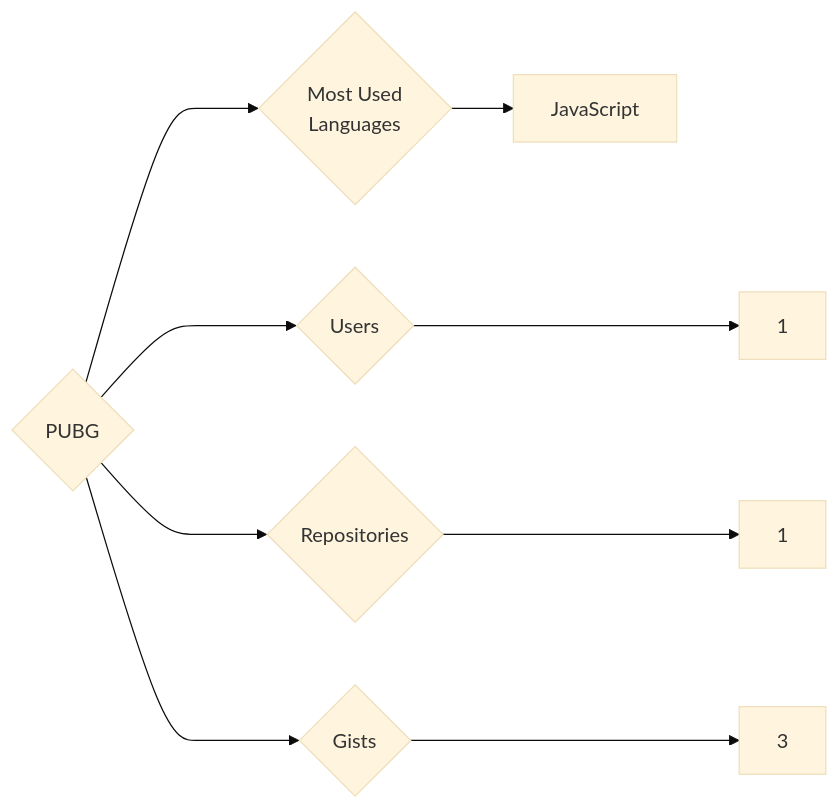
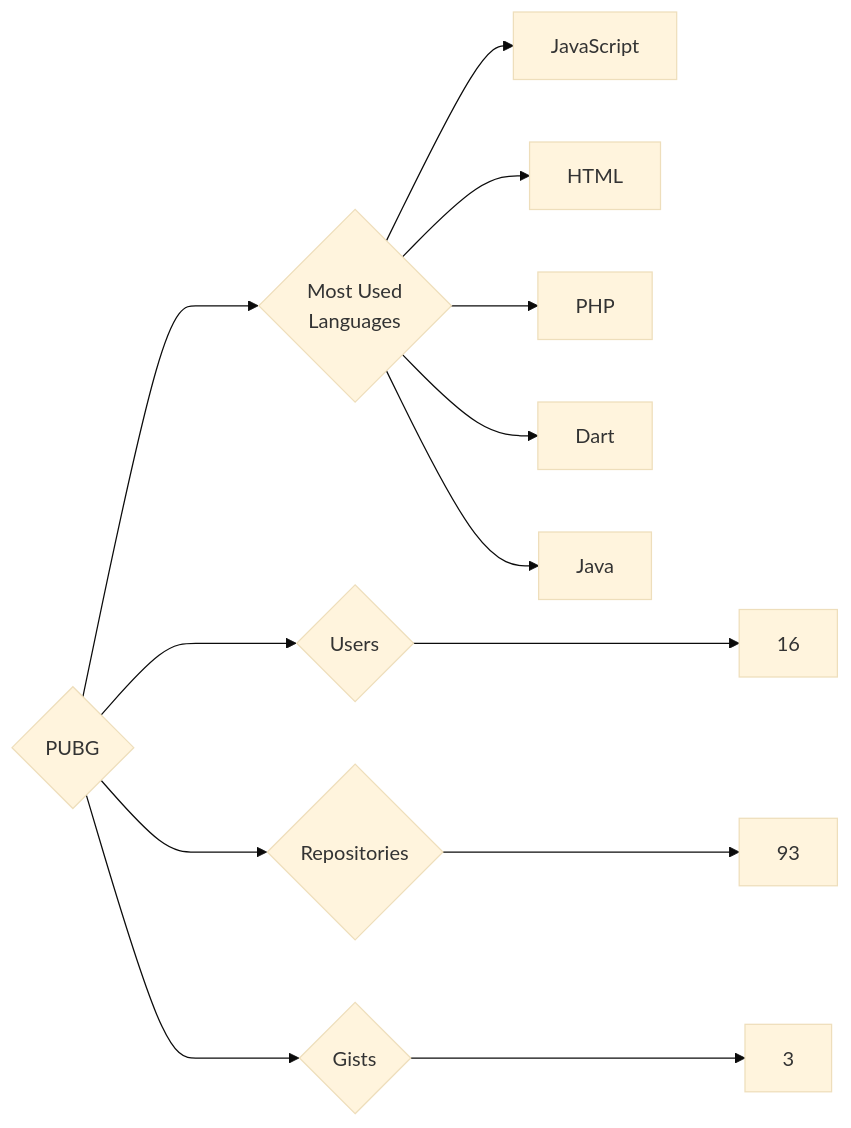
Before and after one commit to trickest/insiders: the diagram in targets/PUBG/README.md, drawn with Mermaid (base theme). The commit also changed 920 other files, not shown here.

````diff
--- a/targets/PUBG/README.md
+++ b/targets/PUBG/README.md
@@ -3,9 +3,13 @@
 ```mermaid
 graph LR
 COMPANY_NAME{PUBG}
-COMPANY_NAME ---> U{Users} ---> UN[1]
-COMPANY_NAME ---> R{Repositories} ---> RN[1]
+COMPANY_NAME ---> U{Users} ---> UN[16]
+COMPANY_NAME ---> R{Repositories} ---> RN[93]
 COMPANY_NAME ---> G{Gists} ---> GN[3]
 COMPANY_NAME ---> ML{Most Used<br>Languages}
 ML --> JavaScript[JavaScript]
+ML --> HTML[HTML]
+ML --> PHP[PHP]
+ML --> Dart[Dart]
+ML --> Java[Java]
 ```
````
